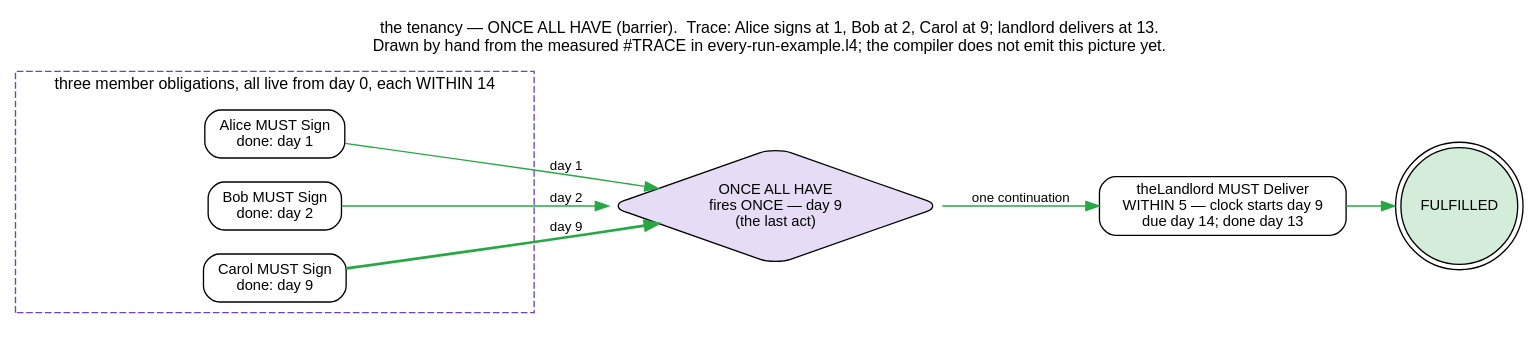
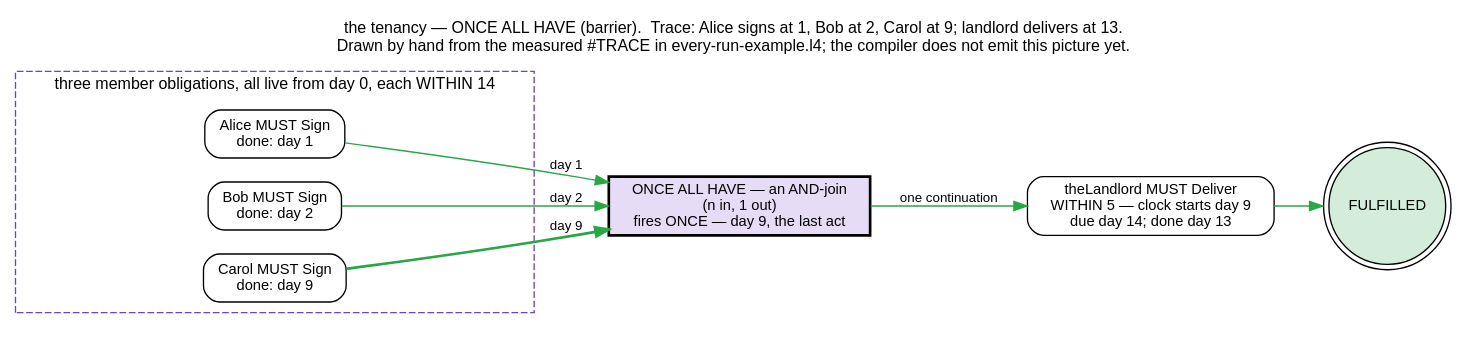
One commit to legalese/l4-ide changed the diagram in doc/reference/regulative/figures/every-barrier-run.dot. Above: the diagram before and after it, drawn with Graphviz. The commit also changed 28 other files, not shown here.

```diff
--- a/doc/reference/regulative/figures/every-barrier-run.dot
+++ b/doc/reference/regulative/figures/every-barrier-run.dot
@@ -1,12 +1,12 @@
 digraph barrier_run {
   rankdir=LR; fontname="Helvetica"; node [fontname="Helvetica", fontsize=11, shape=box, style="rounded,filled", fillcolor="#ffffff"]; edge [fontname="Helvetica", fontsize=10];
   label="the tenancy — ONCE ALL HAVE (barrier).  Trace: Alice signs at 1, Bob at 2, Carol at 9; landlord delivers at 13.\nDrawn by hand from the measured #TRACE in every-run-example.l4; the compiler does not emit this picture yet."; labelloc=t; fontsize=12;
   subgraph cluster_members { label="three member obligations, all live from day 0, each WITHIN 14"; style=dashed; color="#6f42c1";
     a [label="Alice MUST Sign\ndone: day 1"]; b [label="Bob MUST Sign\ndone: day 2"]; c [label="Carol MUST Sign\ndone: day 9"];
   }
-  join [label="ONCE ALL HAVE\nfires ONCE — day 9\n(the last act)", shape=diamond, fillcolor="#e6dcf5"];
+  join [label="ONCE ALL HAVE — an AND-join\n(n in, 1 out)\nfires ONCE — day 9, the last act", shape=box, style="filled", fillcolor="#e6dcf5", penwidth=2];
   h [label="theLandlord MUST Deliver\nWITHIN 5 — clock starts day 9\ndue day 14; done day 13"];
   f [label="FULFILLED", shape=doublecircle, fillcolor="#d4edda"];
   a -> join [label="day 1", color="#28a745"]; b -> join [label="day 2", color="#28a745"]; c -> join [label="day 9", color="#28a745", penwidth=2];
   join -> h [label="one continuation", color="#28a745"]; h -> f [color="#28a745"];
 }
```
